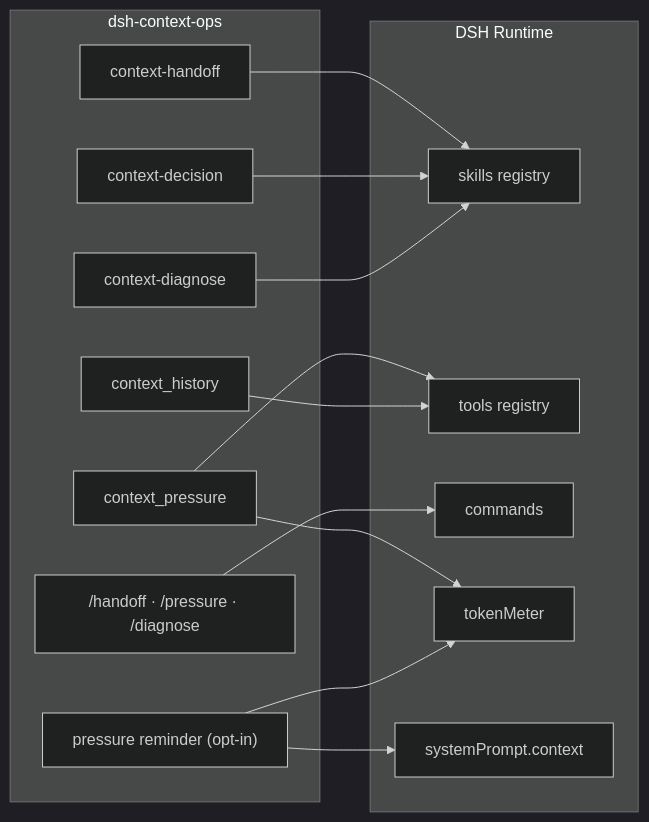
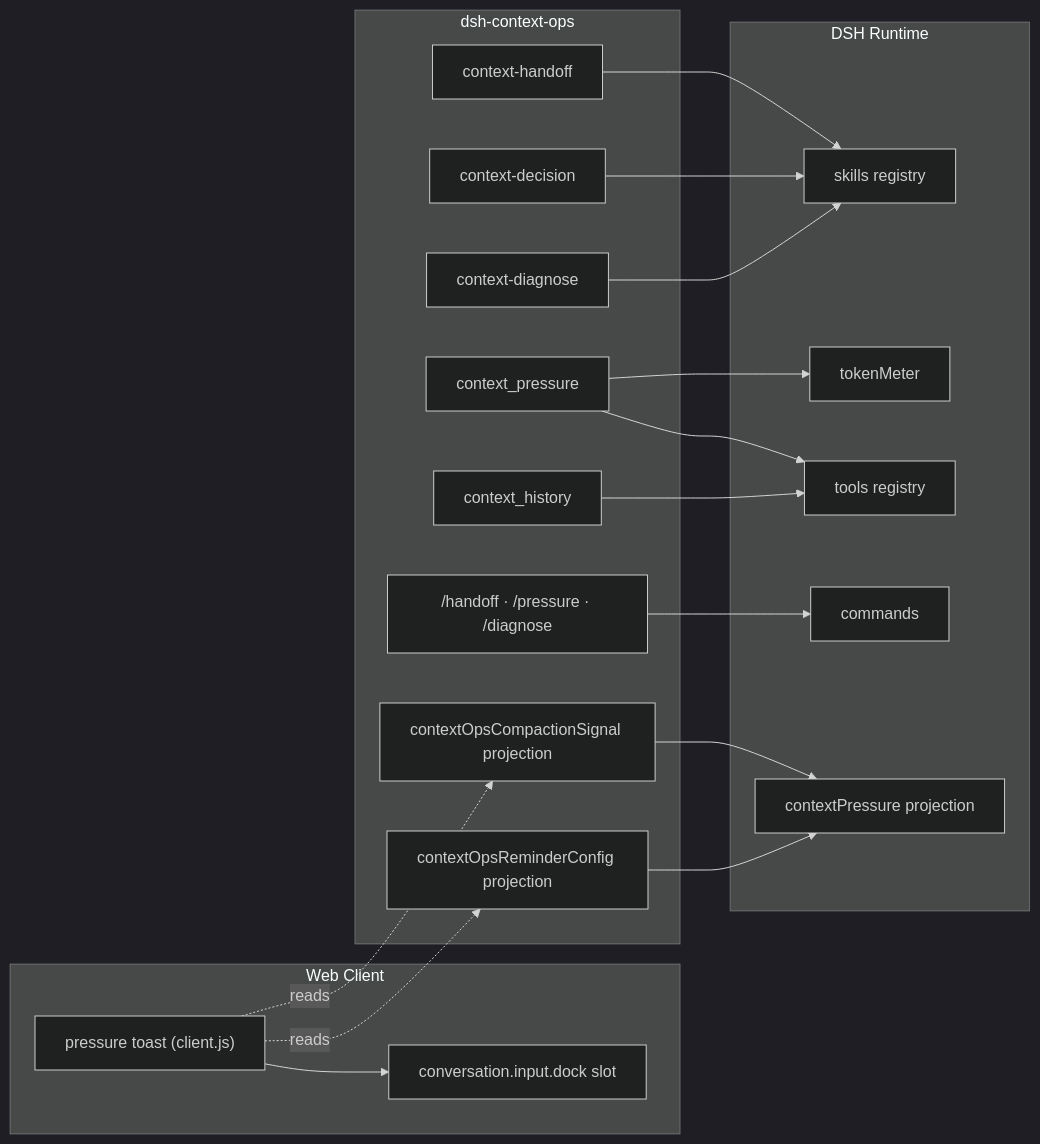
Before and after one commit to OnebugIS/dsh-context-ops: the first of 2 diagrams in README.en.md, drawn with Mermaid (dark theme). The commit also changed other lines of this file and 1 other file, not shown here.

Commit message:
docs: rewrite reminder section for web client toast

````diff
--- a/README.en.md
+++ b/README.en.md
@@ -186,28 +186,36 @@
 ```mermaid
 flowchart LR
     subgraph DSH["DSH Runtime"]
         S[skills registry]
         T[tools registry]
         C[commands]
         M[tokenMeter]
-        SP[systemPrompt.context]
+        PR[contextPressure projection]
+    end
+    subgraph W["Web Client"]
+        SL[conversation.input.dock slot]
+        BN["pressure toast (client.js)"]
     end
     subgraph P["dsh-context-ops"]
         H["context-handoff"]
         D["context-decision"]
         G["context-diagnose"]
         PT["context_pressure"]
         HT["context_history"]
         CM["/handoff · /pressure · /diagnose"]
-        RM["pressure reminder (opt-in)"]
+        RC["contextOpsReminderConfig projection"]
+        CS["contextOpsCompactionSignal projection"]
     end
     H --> S
     D --> S
     G --> S
     PT --> T
     HT --> T
     PT --> M
     CM --> C
-    RM --> SP
-    RM --> M
+    RC --> PR
+    CS --> PR
+    BN --> SL
+    BN -.reads.-> RC
+    BN -.reads.-> CS
 ```
````
